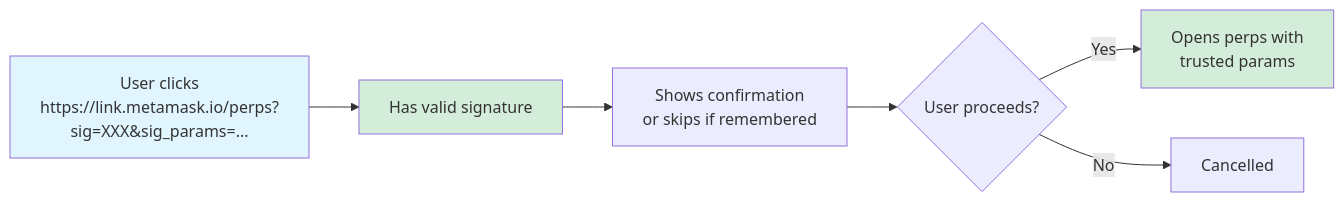
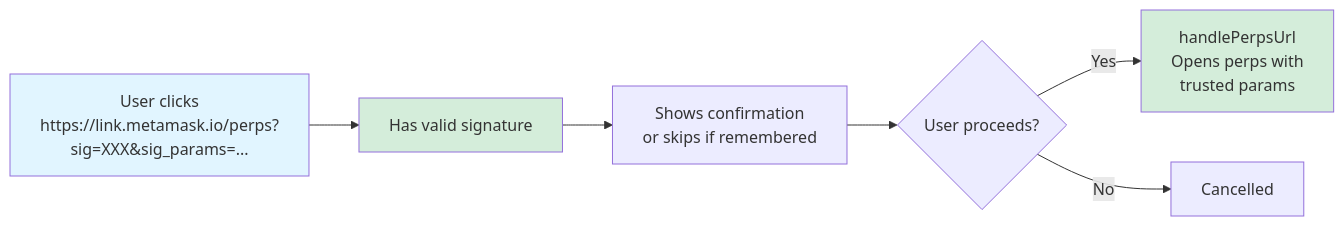
One commit to MetaMask/metamask-mobile changed the sixth of 13 diagrams in docs/readme/deeplinking-graphs.md. Above: the diagram before and after it, drawn with Mermaid. The commit also changed other lines of this file and 3 other files, not shown here.

````diff
--- a/docs/readme/deeplinking-graphs.md
+++ b/docs/readme/deeplinking-graphs.md
@@ -174,12 +201,12 @@
 ```mermaid
 flowchart LR
     Click[User clicks<br/>https://link.metamask.io/perps?<br/>sig=XXX&sig_params=...] --> HasSig[Has valid signature]
     HasSig --> Confirm[Shows confirmation<br/>or skips if remembered]
     Confirm --> Proceed{User proceeds?}
-    Proceed -->|Yes| Perps[Opens perps with<br/>trusted params]
+    Proceed -->|Yes| Perps[handlePerpsUrl<br/>Opens perps with<br/>trusted params]
     Proceed -->|No| Cancel[Cancelled]
 
     style Click fill:#e1f5ff
     style HasSig fill:#d4edda
     style Perps fill:#d4edda
 ```
````
